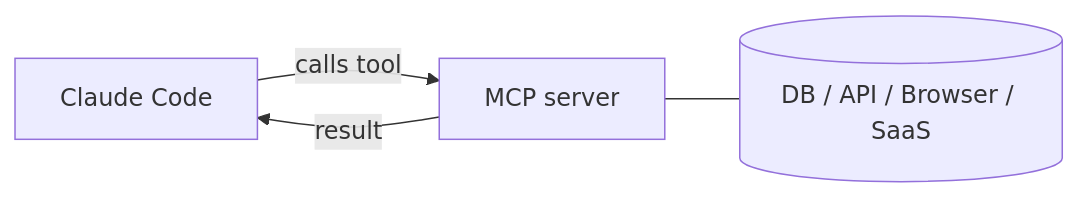
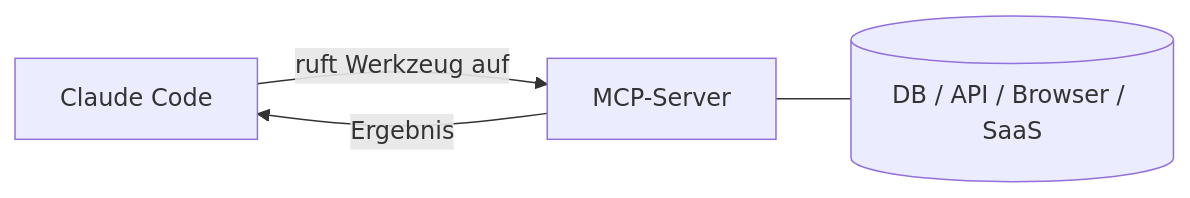
Before and after one commit to derob98/ailmanac: the diagram in i18n/de/docusaurus-plugin-content-docs/current/claude-code/mcp.mdx, drawn with Mermaid. The commit also changed other lines of this file and 43 other files, not shown here.

````diff
--- a/i18n/de/docusaurus-plugin-content-docs/current/claude-code/mcp.mdx
+++ b/i18n/de/docusaurus-plugin-content-docs/current/claude-code/mcp.mdx
@@ -17,6 +17,6 @@
 ```mermaid
 flowchart LR
-  CC[Claude Code] -- calls tool --> S[MCP server]
-  S -- result --> CC
+  CC[Claude Code] -- ruft Werkzeug auf --> S[MCP-Server]
+  S -- Ergebnis --> CC
   S --- D[(DB / API / Browser / SaaS)]
 ```
````
